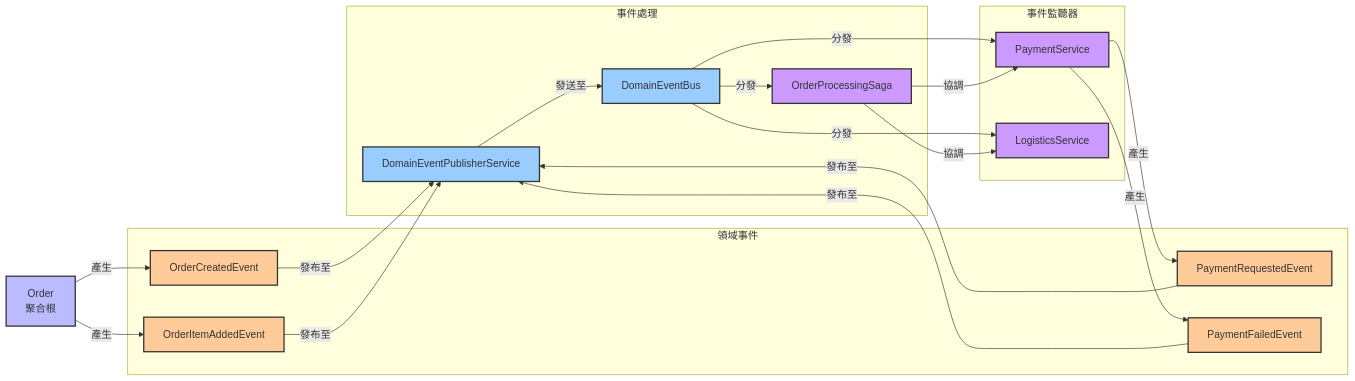
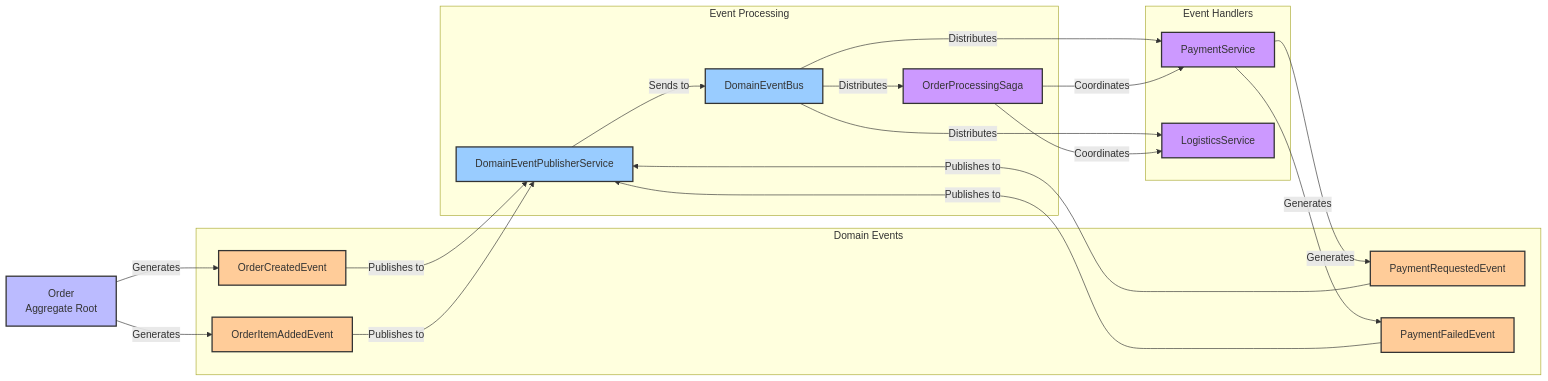
Before and after one commit to humank/genai-demo: the second of 2 diagrams in docs/viewpoints/information/domain-events.md, drawn with Mermaid. The commit also changed other lines of this file and 453 other files, not shown here.

First line of the commit message:
feat: Complete translation of key architecture and API documentation

````diff
--- a/docs/viewpoints/information/domain-events.md
+++ b/docs/viewpoints/information/domain-events.md
@@ -776,45 +777,45 @@
 ```mermaid
 graph LR
-    subgraph 領域事件 ["領域事件"]
+    subgraph 領域事件 ["Domain Events"]
         OCE[OrderCreatedEvent]
         OIAE[OrderItemAddedEvent]
         PRE[PaymentRequestedEvent]
         PFE[PaymentFailedEvent]
     end
     
-    subgraph 事件處理 ["事件處理"]
+    subgraph 事件處理 ["Event Processing"]
         EP[DomainEventPublisherService]
         EB[DomainEventBus]
         OS[OrderProcessingSaga]
     end
     
-    subgraph 事件監聽器 ["事件監聽器"]
+    subgraph 事件監聽器 ["Event Handlers"]
         PS[PaymentService]
         LS[LogisticsService]
     end
     
-    AGG[Order<br>聚合根] -->|產生| OCE
-    AGG -->|產生| OIAE
-    OCE -->|發布至| EP
-    OIAE -->|發布至| EP
-    EP -->|發送至| EB
-    EB -->|分發| OS
-    EB -->|分發| PS
-    EB -->|分發| LS
-    OS -->|協調| PS
-    OS -->|協調| LS
-    PS -->|產生| PRE
-    PS -->|產生| PFE
-    PRE -->|發布至| EP
-    PFE -->|發布至| EP
+    AGG[Order<br>Aggregate Root] -->|Generates| OCE
+    AGG -->|Generates| OIAE
+    OCE -->|Publishes to| EP
+    OIAE -->|Publishes to| EP
+    EP -->|Sends to| EB
+    EB -->|Distributes| OS
+    EB -->|Distributes| PS
+    EB -->|Distributes| LS
+    OS -->|Coordinates| PS
+    OS -->|Coordinates| LS
+    PS -->|Generates| PRE
+    PS -->|Generates| PFE
+    PRE -->|Publishes to| EP
+    PFE -->|Publishes to| EP
     
     classDef event fill:#ffcc99,stroke:#333,stroke-width:2px
     classDef publisher fill:#99ccff,stroke:#333,stroke-width:2px
     classDef handler fill:#cc99ff,stroke:#333,stroke-width:2px
     classDef aggregateRoot fill:#bbf,stroke:#333,stroke-width:2px
     
     class OCE,OIAE,PRE,PFE event
     class EP,EB publisher
     class OS,PS,LS handler
     class AGG aggregateRoot
 ```
````
